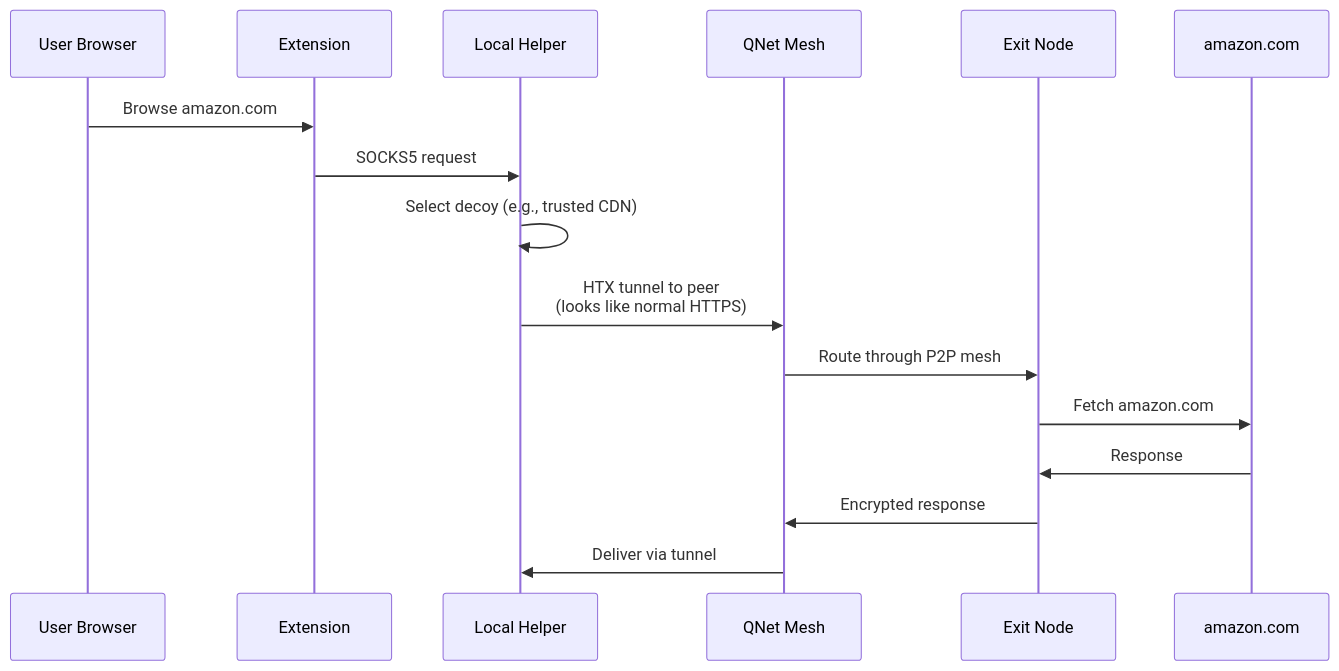
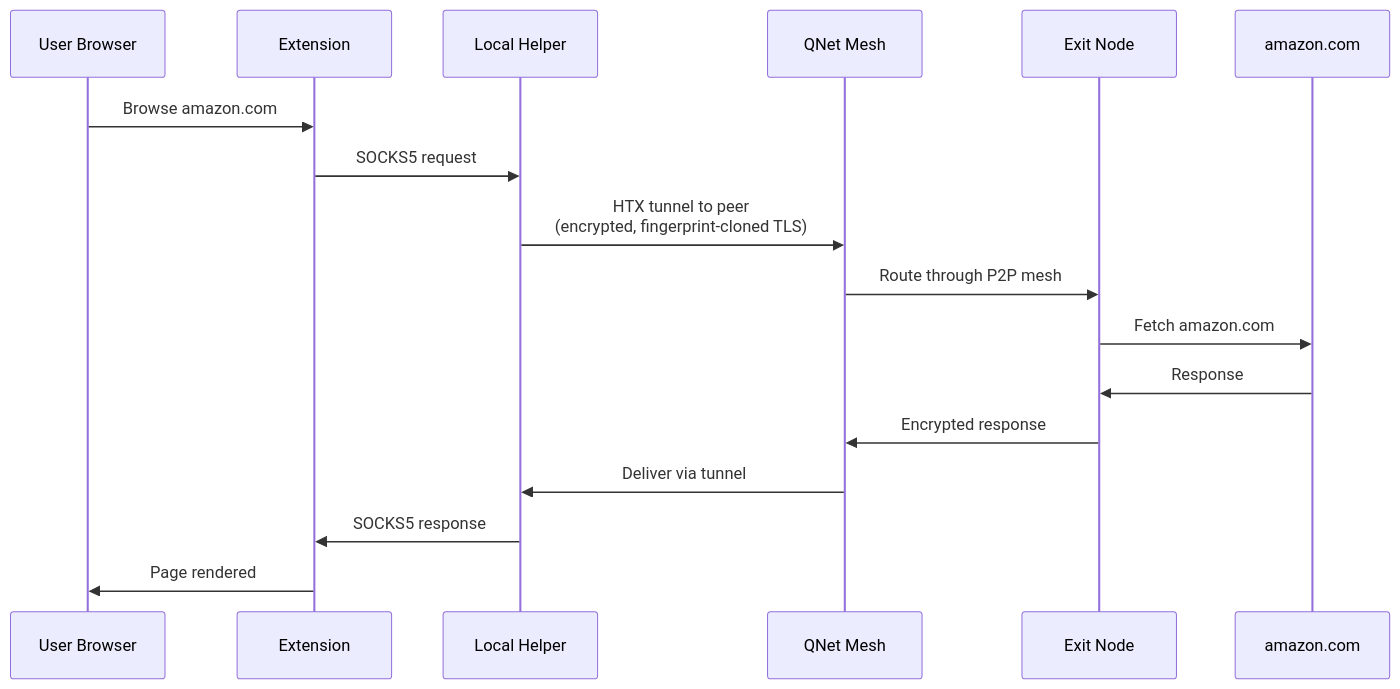
Before and after one commit to QW1CKS/qnet: the second of 13 diagrams in README.md, drawn with Mermaid. The commit also changed other lines of this file and 2 other files, not shown here.

First line of the commit message:
docs: Enhance architecture documentation with TLS fingerprinting details and connection masking notes

````diff
--- a/README.md
+++ b/README.md
@@ -139,19 +139,20 @@
 ```mermaid
 sequenceDiagram
     participant User as User Browser
     participant Ext as Extension
     participant Helper as Local Helper
     participant Mesh as QNet Mesh
     participant Exit as Exit Node
     participant Target as amazon.com
     
     User->>Ext: Browse amazon.com
     Ext->>Helper: SOCKS5 request
-    Helper->>Helper: Select decoy (e.g., trusted CDN)
-    Helper->>Mesh: HTX tunnel to peer<br/>(looks like normal HTTPS)
+    Helper->>Mesh: HTX tunnel to peer<br/>(encrypted, fingerprint-cloned TLS)
     Mesh->>Exit: Route through P2P mesh
     Exit->>Target: Fetch amazon.com
     Target->>Exit: Response
     Exit->>Mesh: Encrypted response
     Mesh->>Helper: Deliver via tunnel
+    Helper->>Ext: SOCKS5 response
+    Ext->>User: Page rendered
 ```
````
